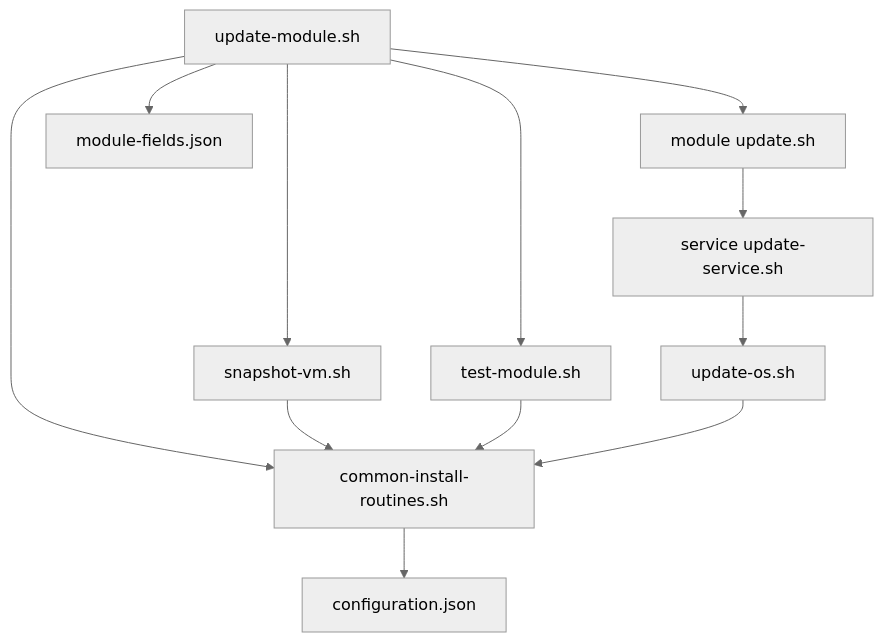
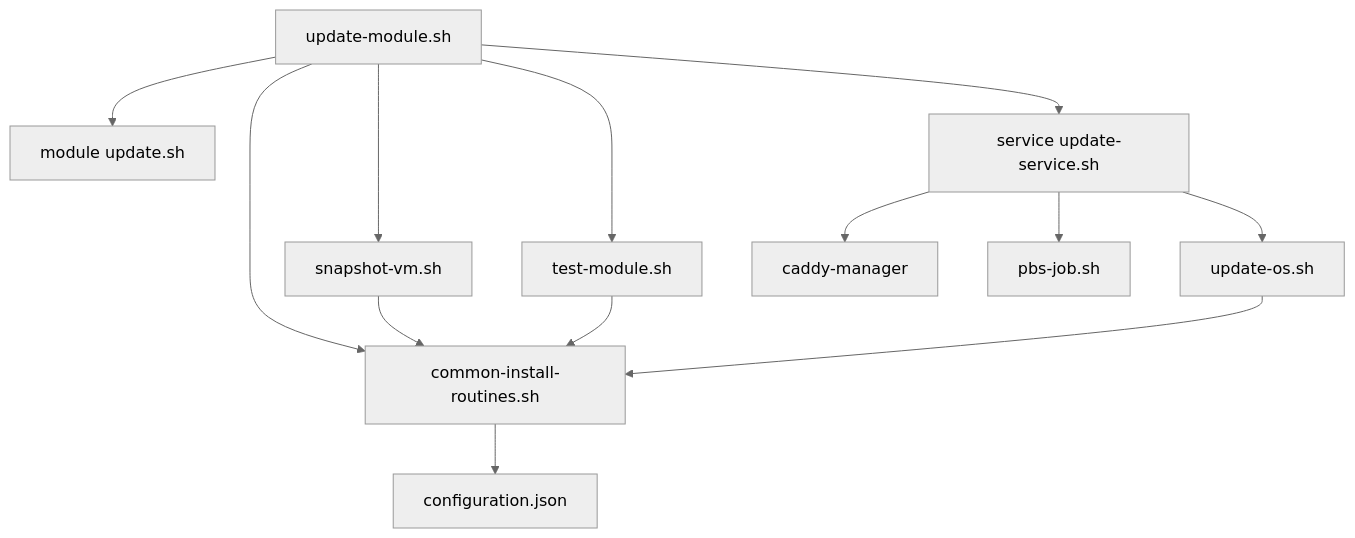
One commit to TAPPaaS/TAPPaaS changed the second of 14 diagrams in src/foundation/DEPENDENCIES.md. Above: the diagram before and after it, drawn with Mermaid (neutral theme). The commit also changed other lines of this file and 3 other files, not shown here.

Commit message:
updated dependency graphs

````diff
--- a/src/foundation/DEPENDENCIES.md
+++ b/src/foundation/DEPENDENCIES.md
@@ -182,14 +208,15 @@
 ```mermaid
 graph TD
     A["update-module.sh"] --> B["common-install-routines.sh"]
     A --> C["snapshot-vm.sh"]
     A --> D["test-module.sh"]
     A --> E["module update.sh"]
-    A --> F["module-fields.json"]
+    A --> G["service update-service.sh"]
     C --> B
     D --> B
-    E --> G["service update-service.sh"]
     G --> H["update-os.sh"]
+    G --> M["caddy-manager"]
+    G --> N["pbs-job.sh"]
     H --> B
     B --> I["configuration.json"]
 ```
````
